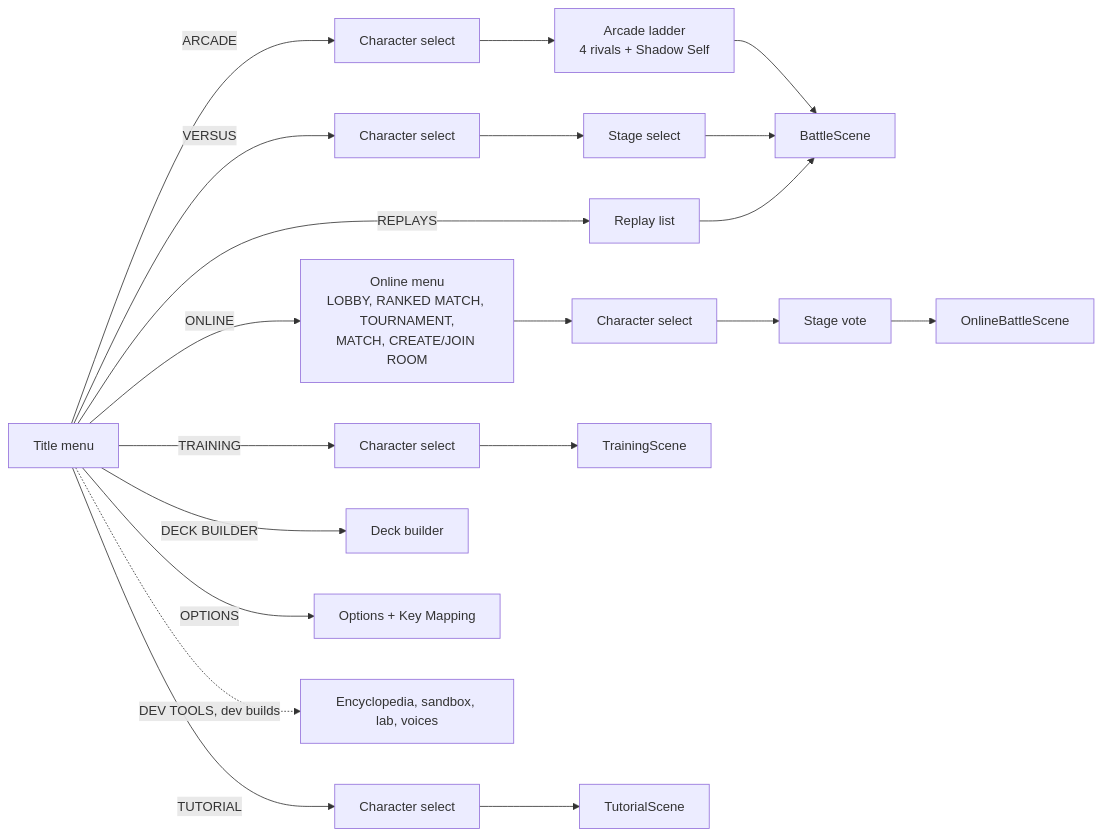
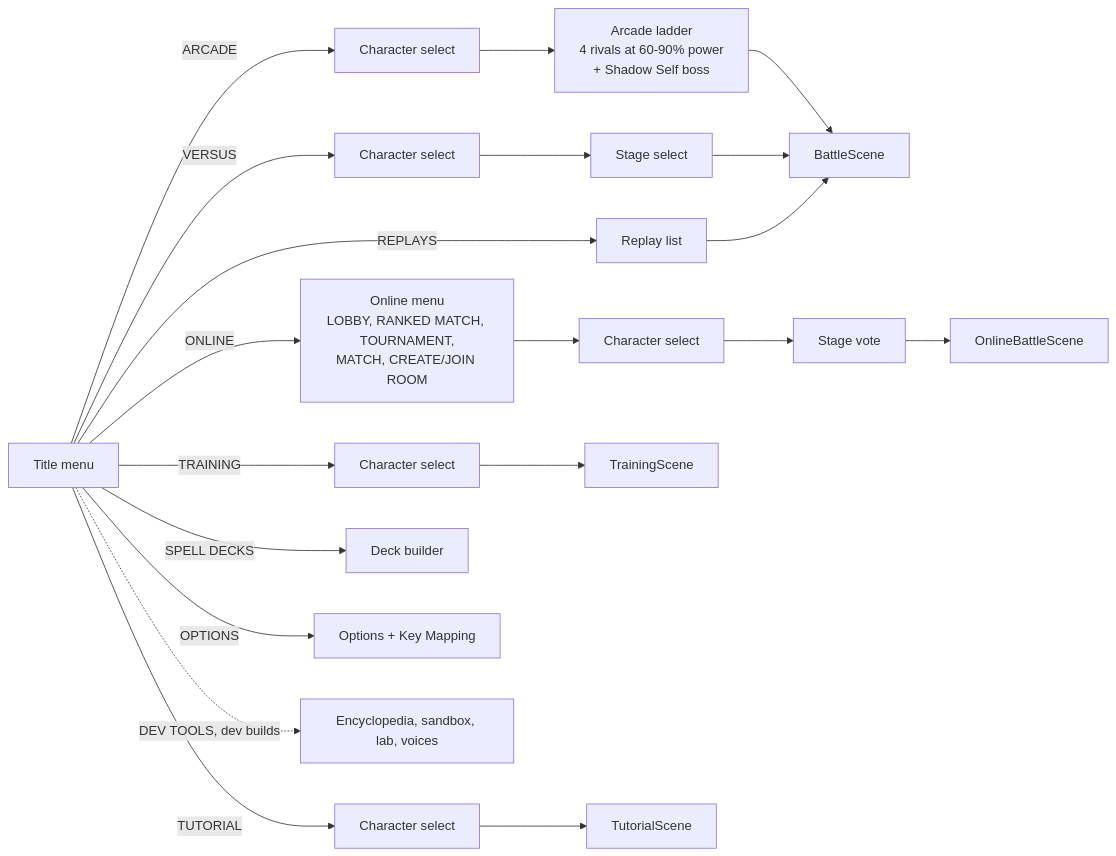
One commit to WesleyT4N/spell-vs-steel changed diagram 11 of 18 in docs/ARCHITECTURE.md. Above: the diagram before and after it, drawn with Mermaid. The commit also changed other lines of this file, not shown here.

First line of the commit message:
Architecture doc: battle events, sampled music, hit feel, desktop build, HP retune, golden check

````diff
--- a/docs/ARCHITECTURE.md
+++ b/docs/ARCHITECTURE.md
@@ -276,13 +285,13 @@
 ```mermaid
 flowchart LR
   title[Title menu]
-  title -- ARCADE --> cs0[Character select] --> ar["Arcade ladder<br/>4 rivals + Shadow Self"] --> bs
+  title -- ARCADE --> cs0[Character select] --> ar["Arcade ladder<br/>4 rivals at 60-90% power<br/>+ Shadow Self boss"] --> bs
   title -- VERSUS --> cs1[Character select] --> ss1[Stage select] --> bs[BattleScene]
   title -- ONLINE --> om["Online menu<br/>LOBBY, RANKED MATCH, TOURNAMENT,<br/>MATCH, CREATE/JOIN ROOM"] --> cs2[Character select] --> ss2[Stage vote] --> ob[OnlineBattleScene]
   title -- REPLAYS --> rp[Replay list] --> bs
   title -- TRAINING --> cs3[Character select] --> tr[TrainingScene]
   title -- TUTORIAL --> cs4[Character select] --> tu[TutorialScene]
-  title -- DECK BUILDER --> db[Deck builder]
+  title -- SPELL DECKS --> db[Deck builder]
   title -- OPTIONS --> op[Options + Key Mapping]
   title -. DEV TOOLS, dev builds .-> dev[Encyclopedia, sandbox, lab, voices]
 ```
````
